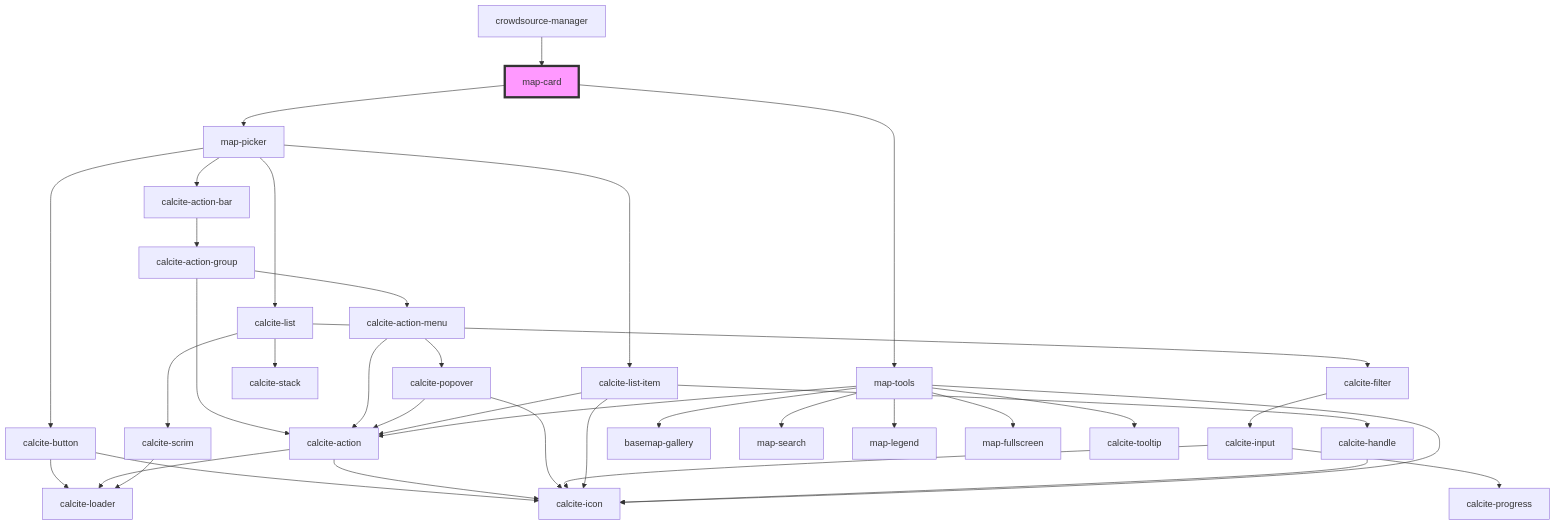
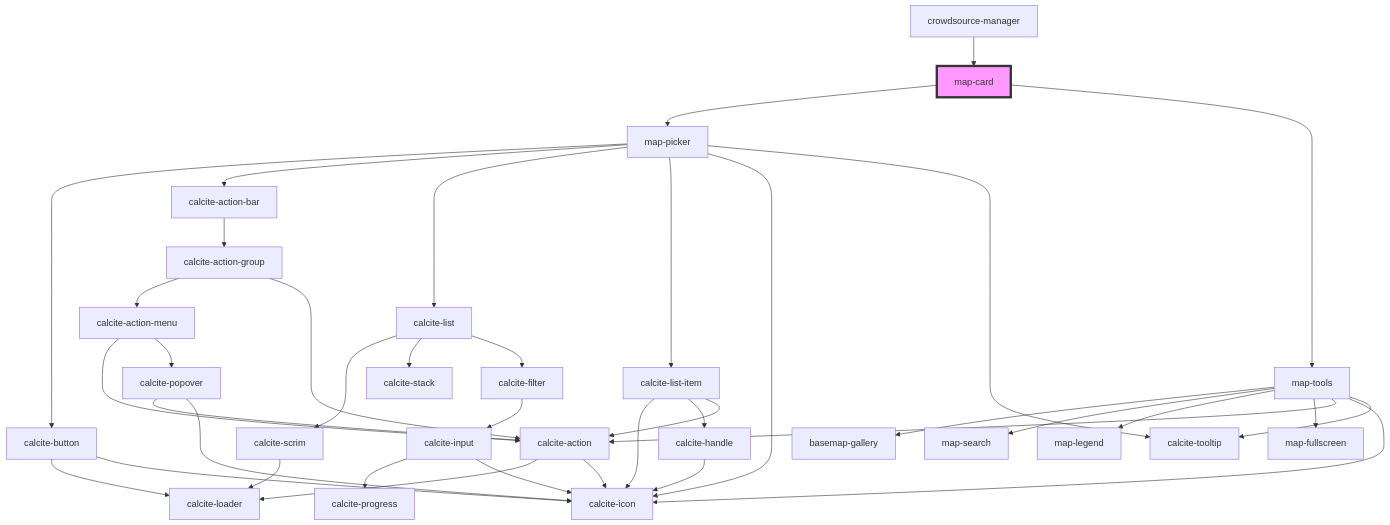
One commit to Esri/solutions-components changed the diagram in src/components/map-card/readme.md. Above: the diagram before and after it, drawn with Mermaid. The commit also changed 9 other files, not shown here.

````diff
--- a/src/components/map-card/readme.md
+++ b/src/components/map-card/readme.md
@@ -36,40 +36,42 @@
 ```mermaid
 graph TD;
   map-card --> map-picker
   map-card --> map-tools
   map-picker --> calcite-button
   map-picker --> calcite-action-bar
   map-picker --> calcite-list
   map-picker --> calcite-list-item
+  map-picker --> calcite-icon
+  map-picker --> calcite-tooltip
   calcite-button --> calcite-loader
   calcite-button --> calcite-icon
   calcite-action-bar --> calcite-action-group
   calcite-action-group --> calcite-action-menu
   calcite-action-group --> calcite-action
   calcite-action-menu --> calcite-action
   calcite-action-menu --> calcite-popover
   calcite-action --> calcite-loader
   calcite-action --> calcite-icon
   calcite-popover --> calcite-action
   calcite-popover --> calcite-icon
   calcite-list --> calcite-scrim
   calcite-list --> calcite-stack
   calcite-list --> calcite-filter
   calcite-scrim --> calcite-loader
   calcite-filter --> calcite-input
   calcite-input --> calcite-progress
   calcite-input --> calcite-icon
   calcite-list-item --> calcite-icon
   calcite-list-item --> calcite-handle
   calcite-list-item --> calcite-action
   calcite-handle --> calcite-icon
   map-tools --> basemap-gallery
   map-tools --> map-search
   map-tools --> map-legend
   map-tools --> map-fullscreen
   map-tools --> calcite-action
   map-tools --> calcite-icon
   map-tools --> calcite-tooltip
   crowdsource-manager --> map-card
   style map-card fill:#f9f,stroke:#333,stroke-width:4px
 ```
````
